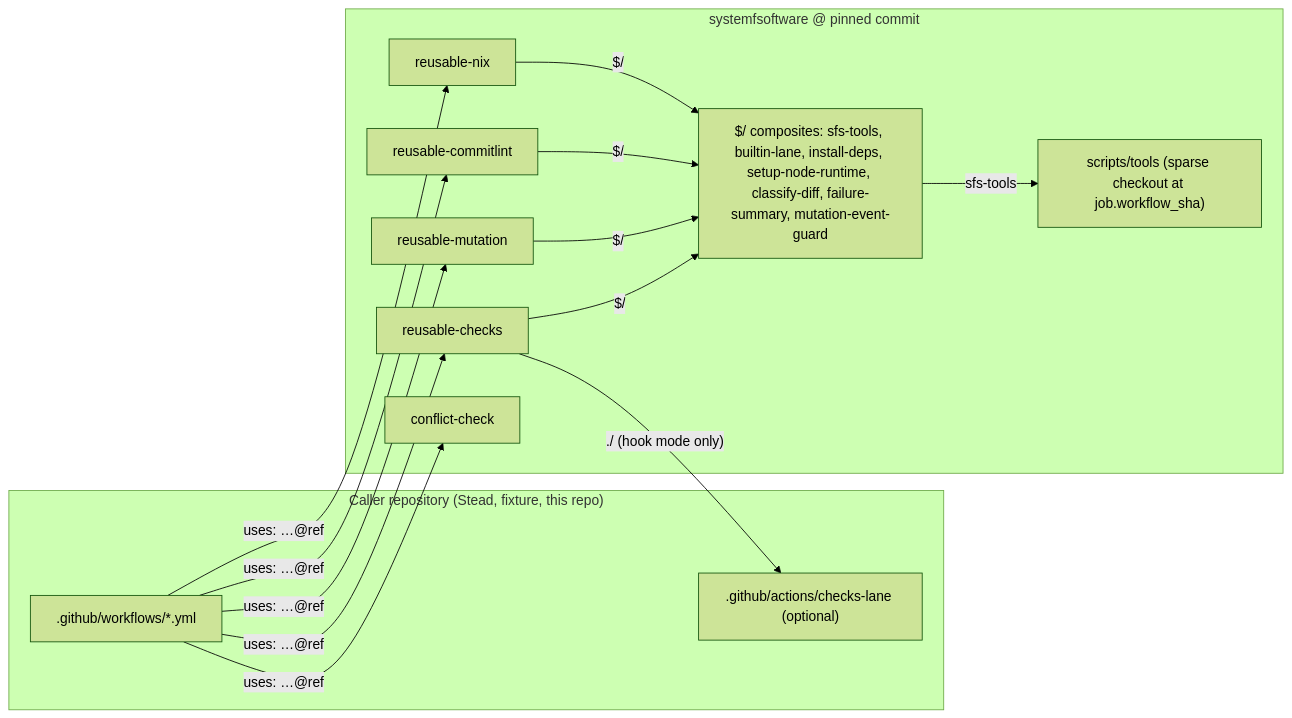
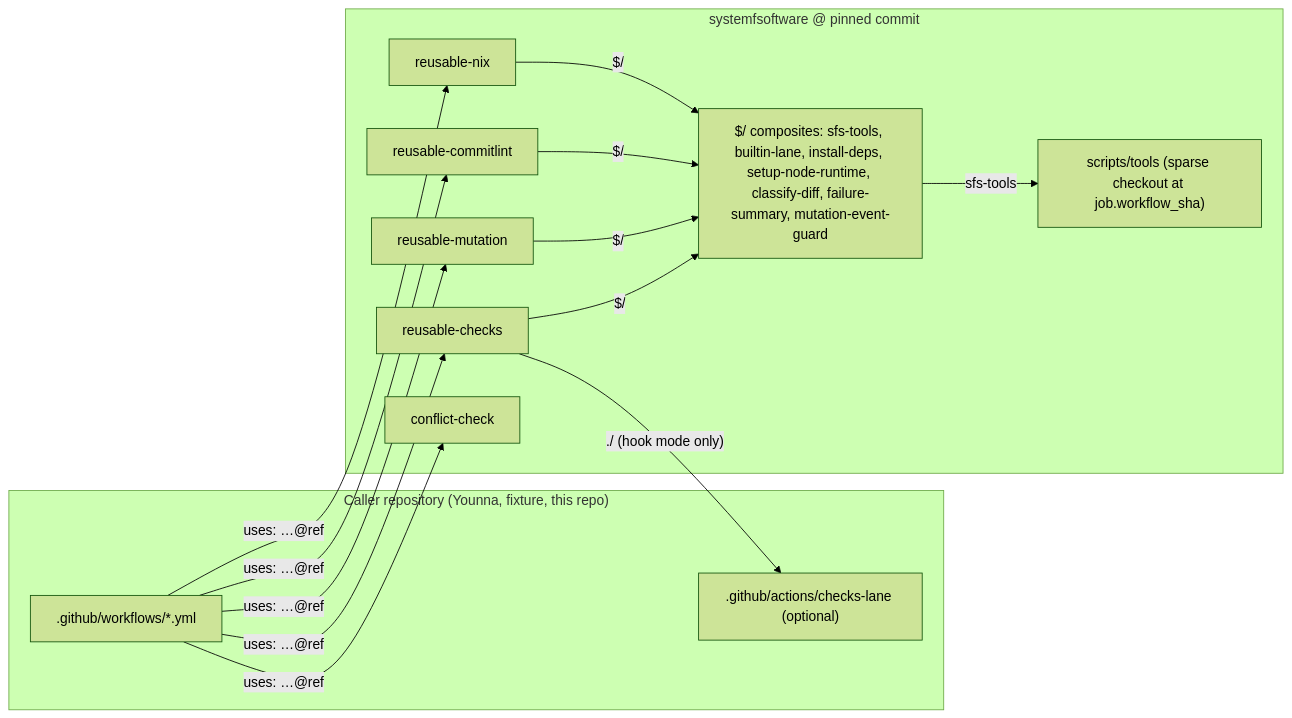
The first of 2 diagrams in docs/plans/2026-10-10-0734-ci-drop-in-reusable-workflows-plan.md (systemfsoftware/systemfsoftware), drawn with Mermaid (forest theme) before and after one commit. The commit also changed other lines of this file and 2 other files, not shown here.

Commit message:
docs: name the app Younna in plans and solutions (SYS-746)

````diff
--- a/docs/plans/2026-10-10-0734-ci-drop-in-reusable-workflows-plan.md
+++ b/docs/plans/2026-10-10-0734-ci-drop-in-reusable-workflows-plan.md
@@ -183,20 +183,20 @@
 ```mermaid
 flowchart LR
-  subgraph Caller["Caller repository (Stead, fixture, this repo)"]
+  subgraph Caller["Caller repository (Younna, fixture, this repo)"]
     CW[".github/workflows/*.yml"]
     HOOK[".github/actions/checks-lane (optional)"]
   end
   subgraph SFS["systemfsoftware @ pinned commit"]
     RC["reusable-checks"]
     RM["reusable-mutation"]
     RL["reusable-commitlint"]
     RN["reusable-nix"]
     CC["conflict-check"]
     A["$/ composites: sfs-tools, builtin-lane, install-deps, setup-node-runtime, classify-diff, failure-summary, mutation-event-guard"]
     T["scripts/tools (sparse checkout at job.workflow_sha)"]
   end
   CW -->|"uses: …@ref"| RC & RM & RL & RN & CC
   RC -->|"./ (hook mode only)"| HOOK
   RC & RM & RL & RN -->|"$/"| A
   A -->|"sfs-tools"| T
 ```
````
